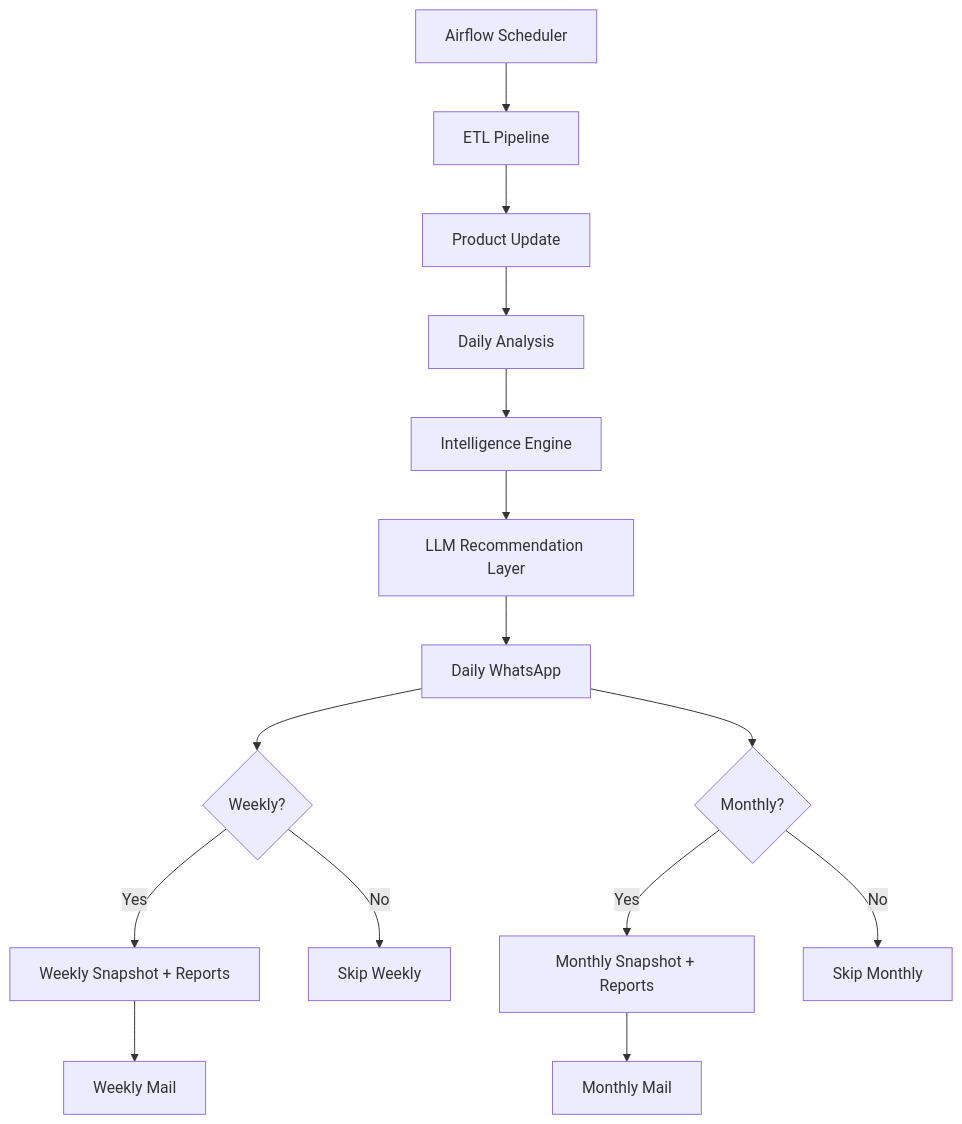
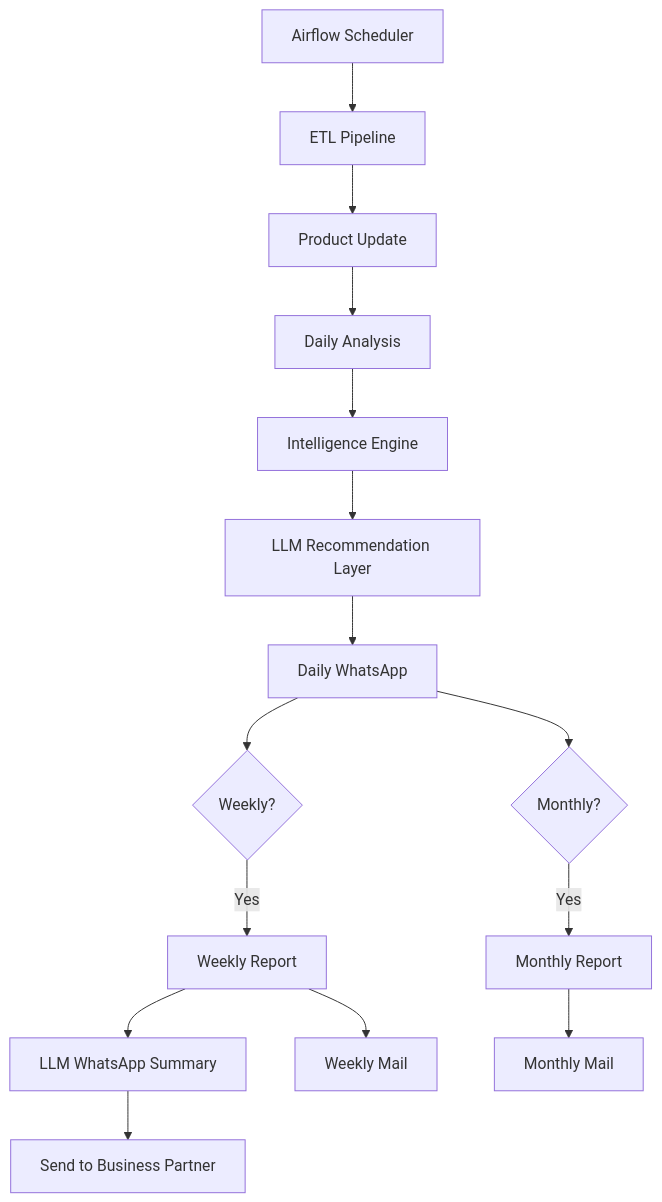
Before and after one commit to SominZex/sales_analysis_algorithm: the second of 2 diagrams in readme.md, drawn with Mermaid. The commit also changed other lines of this file and 3 other files, not shown here.

````diff
--- a/readme.md
+++ b/readme.md
@@ -184,17 +219,19 @@
 ```mermaid
 flowchart TD
     A[Airflow Scheduler] --> B[ETL Pipeline]
     B --> C[Product Update]
     C --> D[Daily Analysis]
     D --> E[Intelligence Engine]
     E --> F[LLM Recommendation Layer]
     F --> G[Daily WhatsApp]
+
     G --> H{Weekly?}
-    H -->|Yes| I[Weekly Snapshot + Reports]
-    I --> J[Weekly Mail]
-    H -->|No| K[Skip Weekly]
-    G --> L{Monthly?}
-    L -->|Yes| M[Monthly Snapshot + Reports]
-    M --> N[Monthly Mail]
-    L -->|No| O[Skip Monthly]
+    H -->|Yes| I[Weekly Report]
+    I --> J[LLM WhatsApp Summary]
+    J --> K[Send to Business Partner]
+    I --> L[Weekly Mail]
+
+    G --> M{Monthly?}
+    M -->|Yes| N[Monthly Report]
+    N --> O[Monthly Mail]
 ```
````
